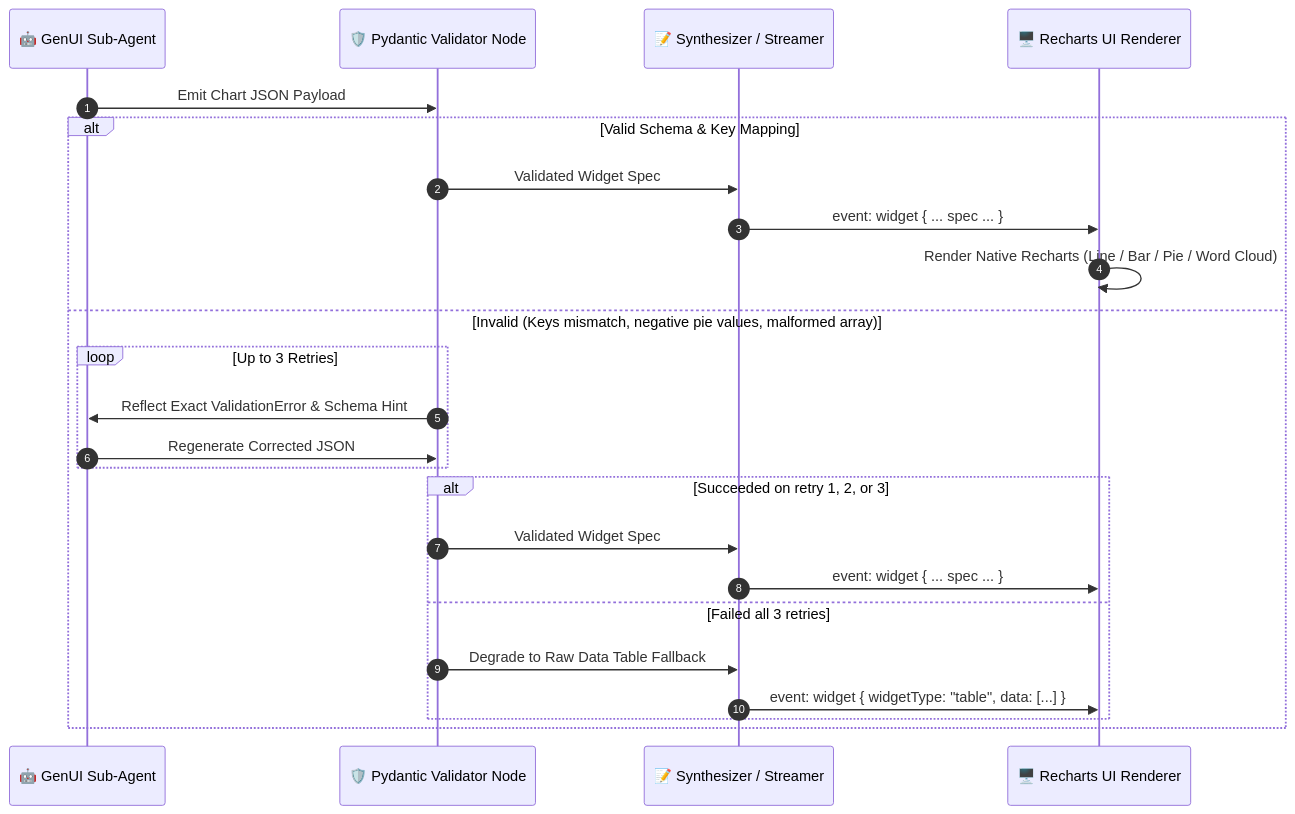
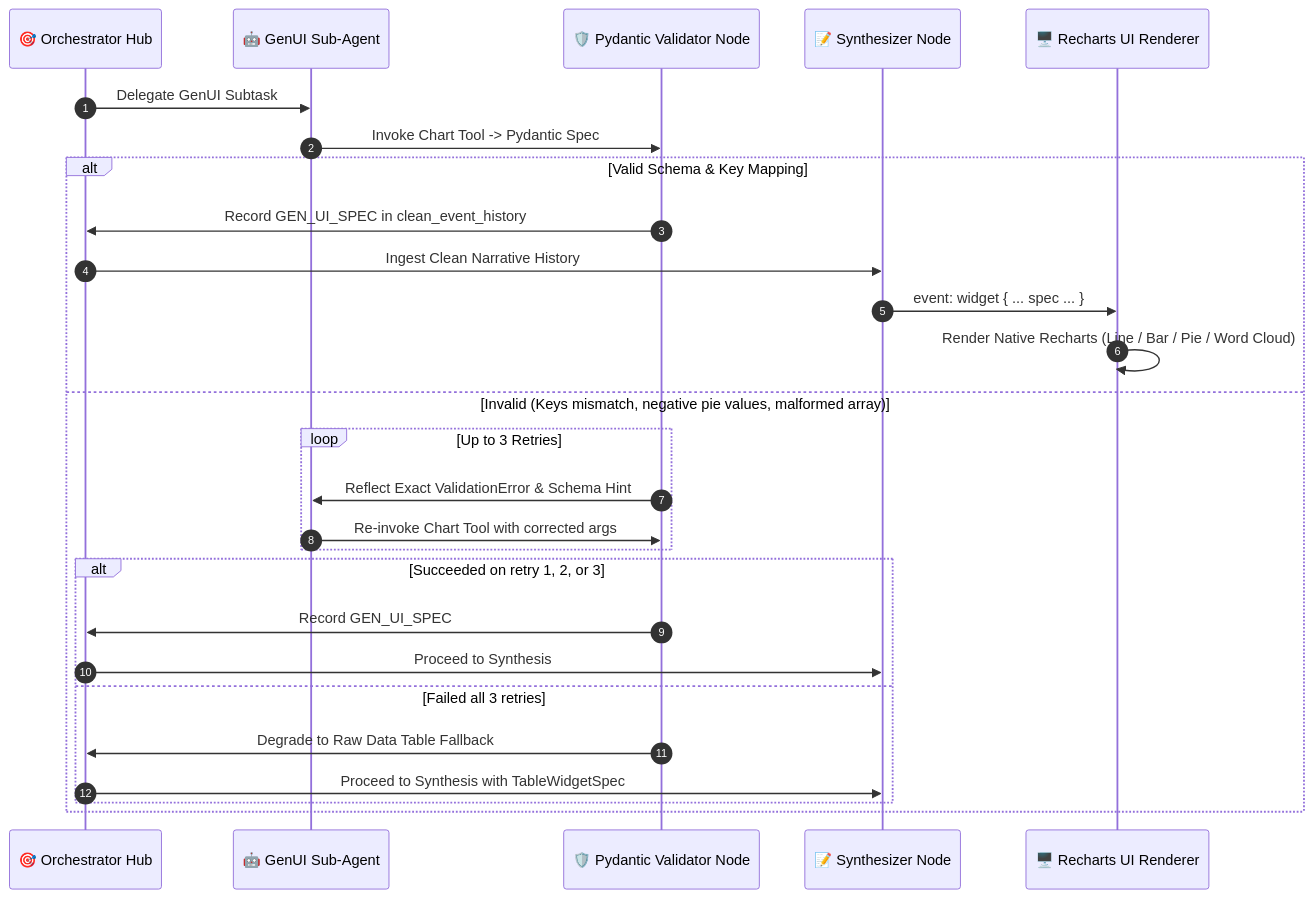
One commit to PatchFramework/E2E-AI-Engineering-Bootcamp changed the second of 3 diagrams in apps/api/src/api/copilot/README.md. Above: the diagram before and after it, drawn with Mermaid. The commit also changed other lines of this file and 3 other files, not shown here.

````diff
--- a/apps/api/src/api/copilot/README.md
+++ b/apps/api/src/api/copilot/README.md
@@ -125,27 +139,30 @@
 ```mermaid
 sequenceDiagram
     autonumber
+    participant Orchestrator as 🎯 Orchestrator Hub
     participant Agent as 🤖 GenUI Sub-Agent
     participant Validator as 🛡️ Pydantic Validator Node
-    participant Synthesizer as 📝 Synthesizer / Streamer
+    participant Synthesizer as 📝 Synthesizer Node
     participant UI as 🖥️ Recharts UI Renderer
 
-    Agent->>Validator: Emit Chart JSON Payload
+    Orchestrator->>Agent: Delegate GenUI Subtask
+    Agent->>Validator: Invoke Chart Tool -> Pydantic Spec
     alt Valid Schema & Key Mapping
-        Validator->>Synthesizer: Validated Widget Spec
+        Validator->>Orchestrator: Record GEN_UI_SPEC in clean_event_history
+        Orchestrator->>Synthesizer: Ingest Clean Narrative History
         Synthesizer->>UI: event: widget { ... spec ... }
         UI->>UI: Render Native Recharts (Line / Bar / Pie / Word Cloud)
     else Invalid (Keys mismatch, negative pie values, malformed array)
         loop Up to 3 Retries
             Validator->>Agent: Reflect Exact ValidationError & Schema Hint
-            Agent->>Validator: Regenerate Corrected JSON
+            Agent->>Validator: Re-invoke Chart Tool with corrected args
         end
         alt Succeeded on retry 1, 2, or 3
-            Validator->>Synthesizer: Validated Widget Spec
-            Synthesizer->>UI: event: widget { ... spec ... }
+            Validator->>Orchestrator: Record GEN_UI_SPEC
+            Orchestrator->>Synthesizer: Proceed to Synthesis
         else Failed all 3 retries
-            Validator->>Synthesizer: Degrade to Raw Data Table Fallback
-            Synthesizer->>UI: event: widget { widgetType: "table", data: [...] }
+            Validator->>Orchestrator: Degrade to Raw Data Table Fallback
+            Orchestrator->>Synthesizer: Proceed to Synthesis with TableWidgetSpec
         end
     end
 ```
````
